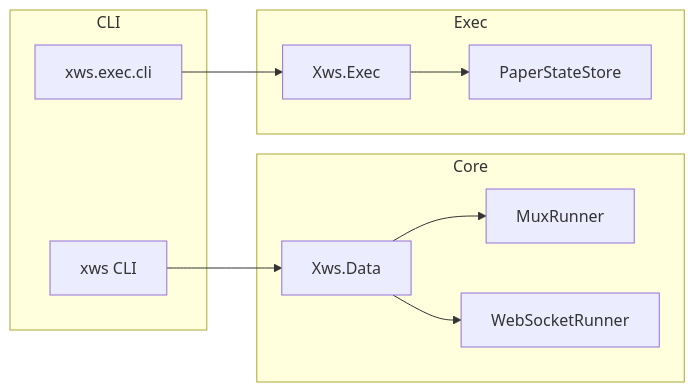
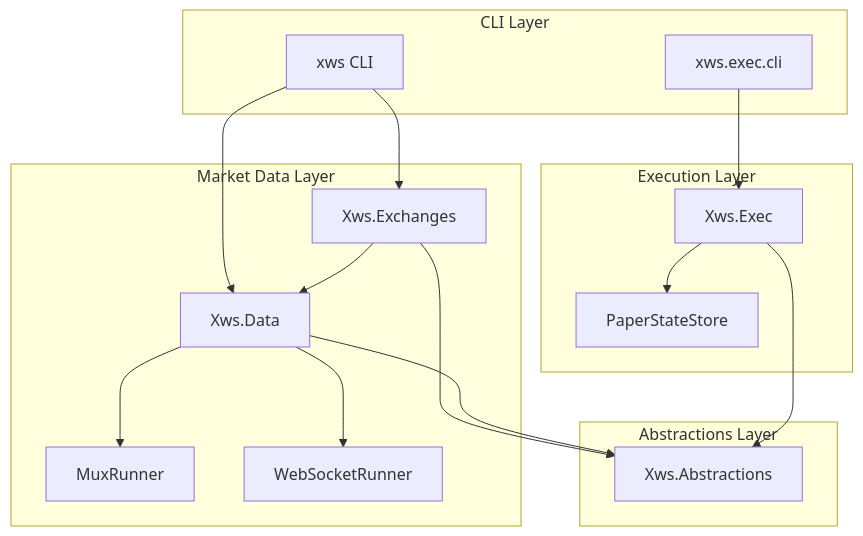
The first of 3 diagrams in ARCHITECTURE.md (Picasso2453/exchange-connector), drawn with Mermaid before and after one commit. The commit also changed other lines of this file and 1 other file, not shown here.

````diff
--- a/ARCHITECTURE.md
+++ b/ARCHITECTURE.md
@@ -11,21 +14,36 @@
 ```mermaid
-flowchart LR
-  subgraph CLI
+flowchart TB
+  subgraph CLI["CLI Layer"]
     XWS[xws CLI]
     XWS_EXEC[xws.exec.cli]
   end
-  subgraph Core
-    CORE[Xws.Data]
+
+  subgraph Data["Market Data Layer"]
+    EXCHANGES[Xws.Exchanges]
+    DATA[Xws.Data]
     MUX[MuxRunner]
     WS[WebSocketRunner]
   end
-  subgraph Exec
+
+  subgraph Exec["Execution Layer"]
     EXEC[Xws.Exec]
     STATE[PaperStateStore]
   end
-  XWS --> CORE
+
+  subgraph Abstractions["Abstractions Layer"]
+    IFACE[Xws.Abstractions]
+  end
+
+  XWS --> DATA
+  XWS --> EXCHANGES
   XWS_EXEC --> EXEC
-  CORE --> MUX
-  CORE --> WS
+
+  EXCHANGES --> DATA
+  EXCHANGES --> IFACE
+  DATA --> IFACE
+  DATA --> MUX
+  DATA --> WS
+
   EXEC --> STATE
+  EXEC --> IFACE
 ```
````
